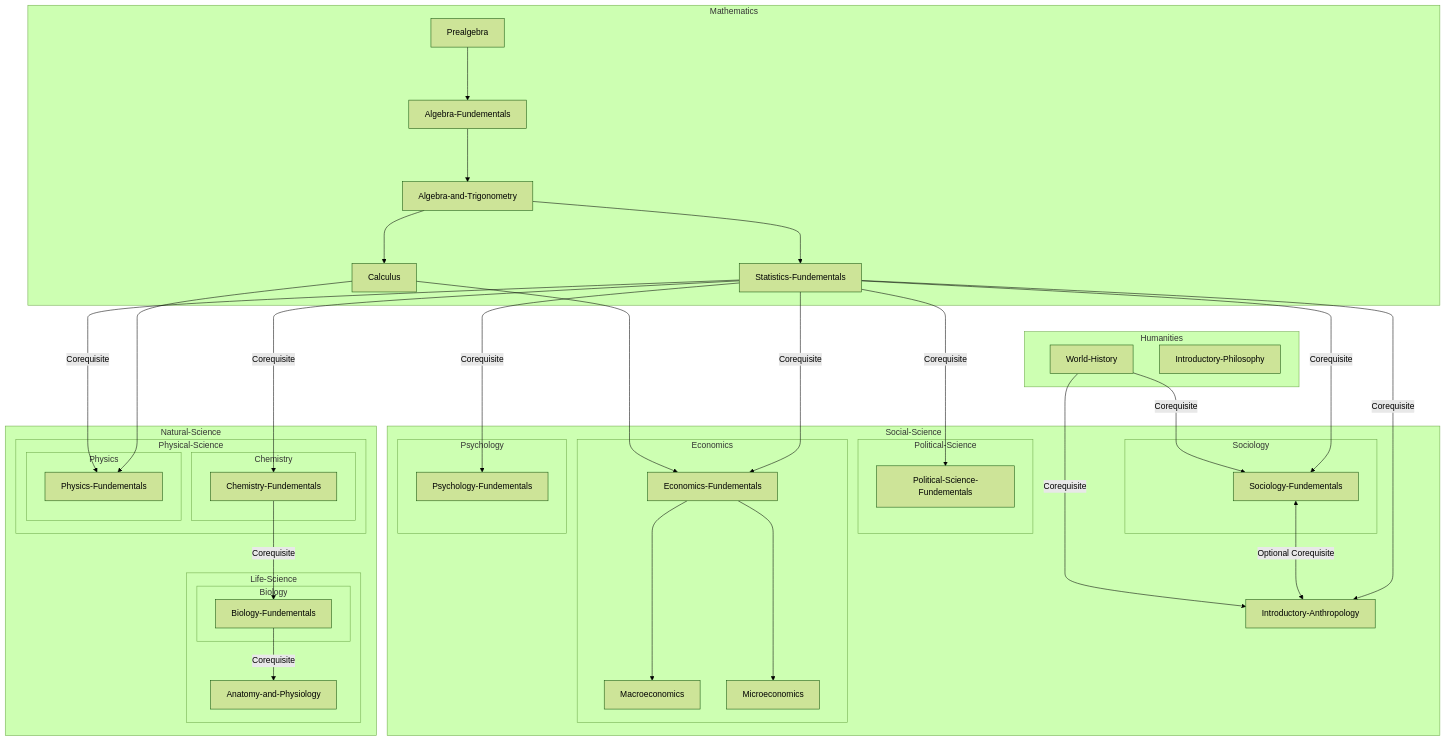
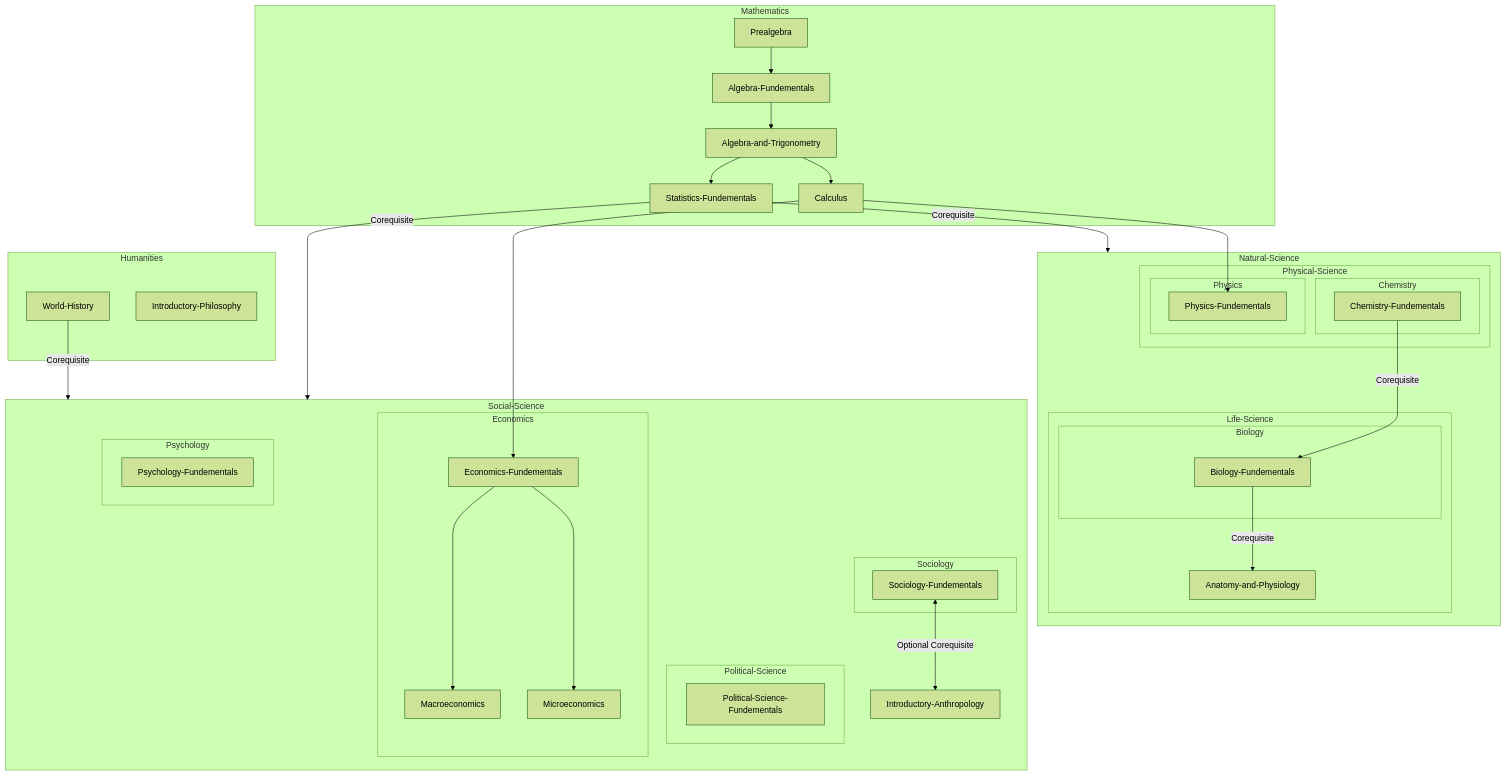
One commit to transkatgirl/frontend-test changed the diagram in test.md. Above: the diagram before and after it, drawn with Mermaid (forest theme). The commit also changed 2 other files, not shown here.

Commit message:
Started work on implementing graphing

````diff
--- a/test.md
+++ b/test.md
@@ -3,74 +3,68 @@
 ```mermaid
 
 graph TD
 	subgraph Mathematics
-		Prealgebra ---> Algebra-Fundementals
-		Algebra-Fundementals ---> Algebra-and-Trigonometry
-		Algebra-and-Trigonometry ---> Statistics-Fundementals
-		Algebra-and-Trigonometry ---> Calculus
+		Prealgebra --> Algebra-Fundementals
+		Algebra-Fundementals --> Algebra-and-Trigonometry
+		Algebra-and-Trigonometry --> Statistics-Fundementals
+		Algebra-and-Trigonometry --> Calculus
 	end
 
-	Calculus ---> Physics-Fundementals
+	Calculus --> Physics-Fundementals
 
-	Statistics-Fundementals-->|Corequisite| Chemistry-Fundementals
-	Statistics-Fundementals-->|Corequisite| Physics-Fundementals
+	Statistics-Fundementals -->|Corequisite| Natural-Science
 
 	subgraph Natural-Science
 		subgraph Physical-Science
 			subgraph Chemistry
 				Chemistry-Fundementals
 			end
 			subgraph Physics
 				Physics-Fundementals
 			end
 		end
 
-		Chemistry-Fundementals-->|Corequisite| Biology-Fundementals
+		Chemistry-Fundementals -->|Corequisite| Biology-Fundementals
 
 		subgraph Life-Science
 			subgraph Biology
 				Biology-Fundementals
 			end
 			Biology-Fundementals -->|Corequisite| Anatomy-and-Physiology
 		end
 	end
 
-	Statistics-Fundementals-->|Corequisite| Political-Science-Fundementals
-	Statistics-Fundementals-->|Corequisite| Introductory-Anthropology
-	Statistics-Fundementals-->|Corequisite| Sociology-Fundementals
-	Statistics-Fundementals-->|Corequisite| Economics-Fundementals
-	Statistics-Fundementals-->|Corequisite| Psychology-Fundementals
+	Statistics-Fundementals -->|Corequisite| Social-Science
 
 	Calculus ---> Economics-Fundementals
+
+	subgraph Humanities
+		World-History
+		Introductory-Philosophy
+	end
+
+    World-History -->|Corequisite| Social-Science
 
 	subgraph Social-Science
 		subgraph Political-Science
 			Political-Science-Fundementals
 		end
 
 		Sociology-Fundementals <-->|Optional Corequisite| Introductory-Anthropology
 
 		subgraph Sociology
 			Sociology-Fundementals
 		end
 
 		subgraph Economics
 			Economics-Fundementals
 			Economics-Fundementals ---> Macroeconomics
 			Economics-Fundementals ---> Microeconomics
 		end
 
 		subgraph Psychology
 			Psychology-Fundementals
 		end
 	end
 
-	World-History -->|Corequisite| Sociology-Fundementals
-	World-History -->|Corequisite| Introductory-Anthropology
-
-	subgraph Humanities
-		World-History
-		Introductory-Philosophy
-	end
-
 ```
````
